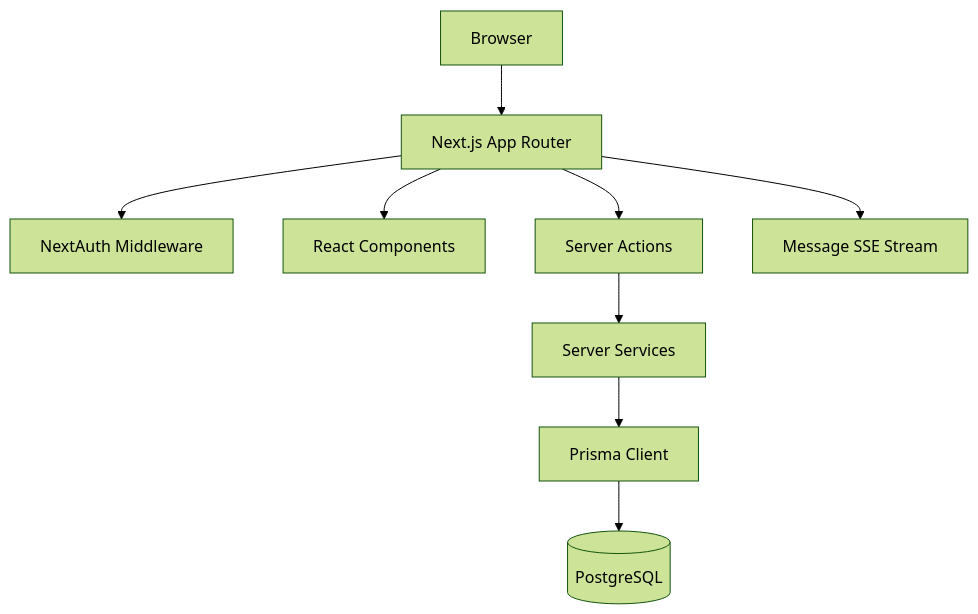
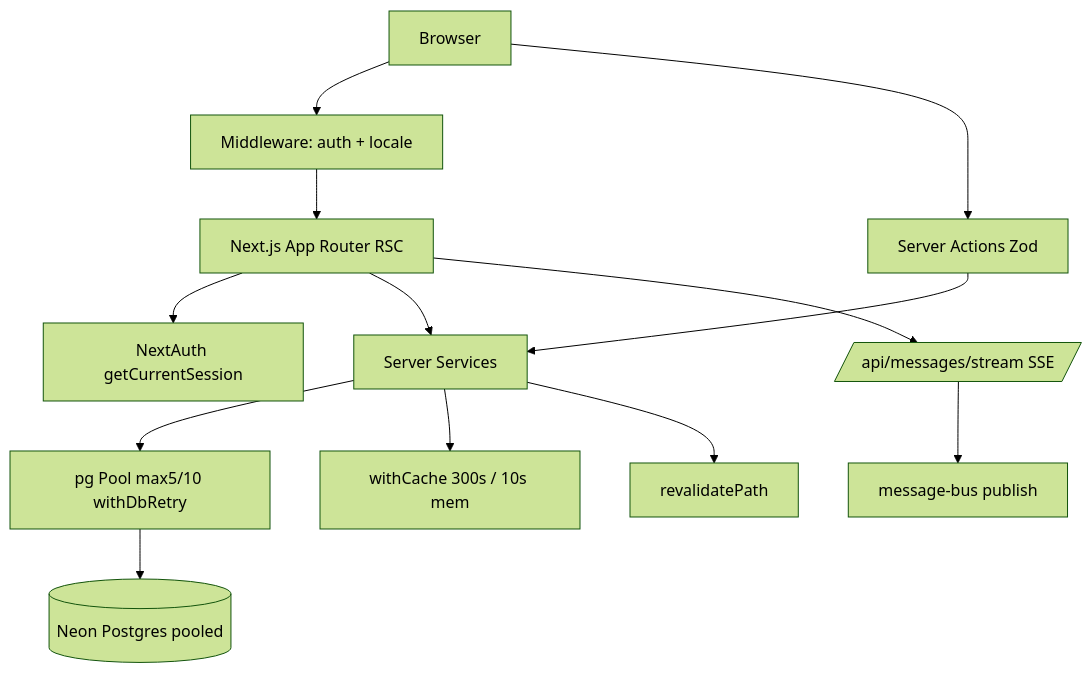
Before and after one commit to adelahmeddev/CoachFlow: the first of 4 diagrams in TECHNICAL.md, drawn with Mermaid (forest theme). The commit also changed other lines of this file and 55 other files, not shown here.

````diff
--- a/TECHNICAL.md
+++ b/TECHNICAL.md
@@ -88,11 +137,15 @@
 ```mermaid
 flowchart TD
-  Client[Browser] --> Next[Next.js App Router]
-  Next --> Auth[NextAuth Middleware]
-  Next --> UI[React Components]
-  Next --> Actions[Server Actions]
-  Actions --> Services[Server Services]
-  Services --> Prisma[Prisma Client]
-  Prisma --> DB[(PostgreSQL)]
-  Next --> SSE[Message SSE Stream]
+  Client[Browser] --> MW[Middleware: auth + locale]
+  MW --> Next[Next.js App Router RSC]
+  Next --> Auth[NextAuth getCurrentSession]
+  Next --> Svc[Server Services]
+  Svc --> Pool[pg Pool max5/10 withDbRetry]
+  Pool --> Neon[(Neon Postgres pooled)]
+  Svc --> Cache[withCache 300s / 10s mem]
+  Next --> SSE[/api/messages/stream SSE/]
+  SSE --> Bus[message-bus publish]
+  Client --> Actions[Server Actions Zod]
+  Actions --> Svc
+  Svc --> Reval[revalidatePath]
 ```
````
